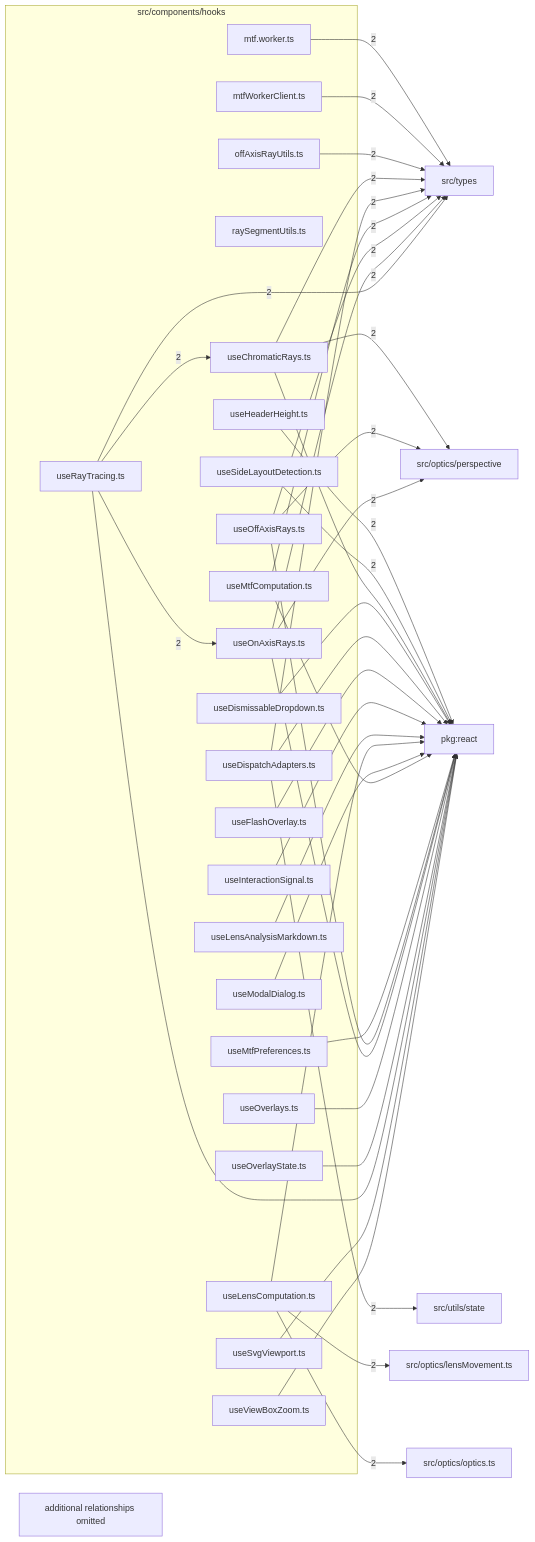
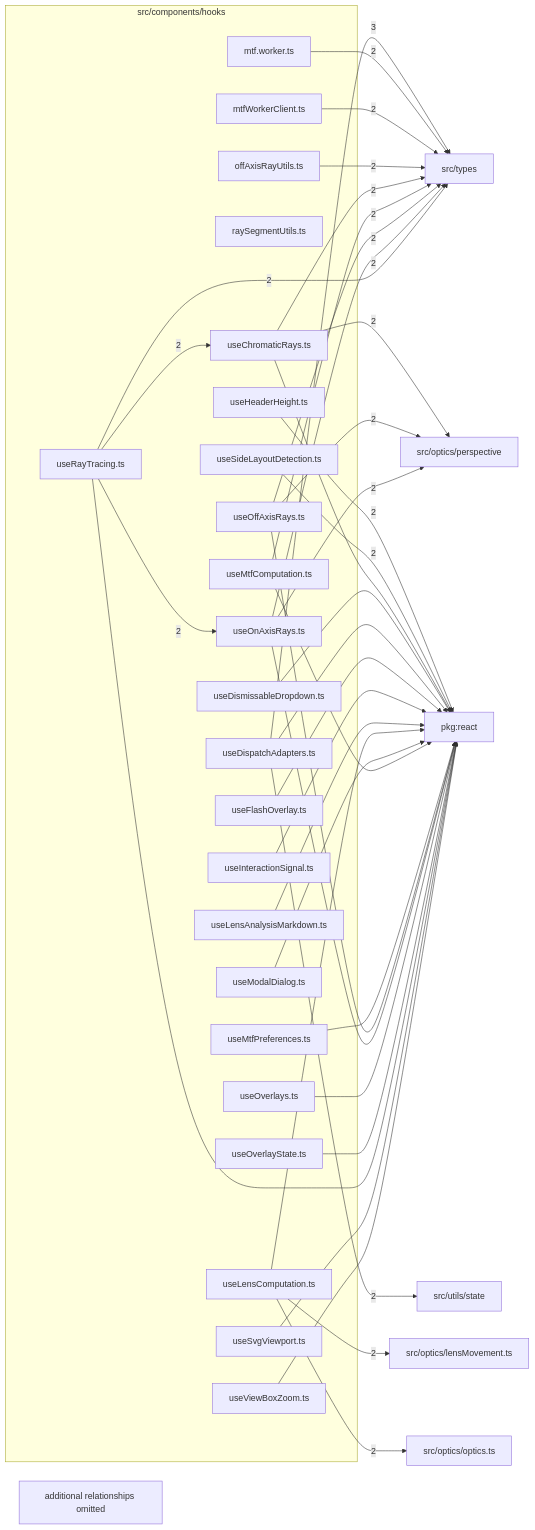
The diagram in src/components/hooks/readme.md (ronbuening/LensVisualizer), drawn with Mermaid before and after one commit. The commit also changed other lines of this file and 8 other files, not shown here.

````diff
--- a/src/components/hooks/readme.md
+++ b/src/components/hooks/readme.md
@@ -9,71 +9,71 @@
 ```mermaid
 flowchart LR
   subgraph n_src_components_hooks["src/components/hooks"]
     n_src_components_hooks_src_components_hooks_mtf_worker_ts["mtf.worker.ts"]
     n_src_components_hooks_src_components_hooks_mtfWorkerClient_ts["mtfWorkerClient.ts"]
     n_src_components_hooks_src_components_hooks_offAxisRayUtils_ts["offAxisRayUtils.ts"]
     n_src_components_hooks_src_components_hooks_raySegmentUtils_ts["raySegmentUtils.ts"]
     n_src_components_hooks_src_components_hooks_useChromaticRays_ts["useChromaticRays.ts"]
     n_src_components_hooks_src_components_hooks_useDismissableDropdown_ts["useDismissableDropdown.ts"]
     n_src_components_hooks_src_components_hooks_useDispatchAdapters_ts["useDispatchAdapters.ts"]
     n_src_components_hooks_src_components_hooks_useFlashOverlay_ts["useFlashOverlay.ts"]
     n_src_components_hooks_src_components_hooks_useHeaderHeight_ts["useHeaderHeight.ts"]
     n_src_components_hooks_src_components_hooks_useInteractionSignal_ts["useInteractionSignal.ts"]
     n_src_components_hooks_src_components_hooks_useLensAnalysisMarkdown_ts["useLensAnalysisMarkdown.ts"]
     n_src_components_hooks_src_components_hooks_useLensComputation_ts["useLensComputation.ts"]
     n_src_components_hooks_src_components_hooks_useModalDialog_ts["useModalDialog.ts"]
     n_src_components_hooks_src_components_hooks_useMtfComputation_ts["useMtfComputation.ts"]
     n_src_components_hooks_src_components_hooks_useMtfPreferences_ts["useMtfPreferences.ts"]
     n_src_components_hooks_src_components_hooks_useOffAxisRays_ts["useOffAxisRays.ts"]
     n_src_components_hooks_src_components_hooks_useOnAxisRays_ts["useOnAxisRays.ts"]
     n_src_components_hooks_src_components_hooks_useOverlays_ts["useOverlays.ts"]
     n_src_components_hooks_src_components_hooks_useOverlayState_ts["useOverlayState.ts"]
     n_src_components_hooks_src_components_hooks_useRayTracing_ts["useRayTracing.ts"]
     n_src_components_hooks_src_components_hooks_useSideLayoutDetection_ts["useSideLayoutDetection.ts"]
     n_src_components_hooks_src_components_hooks_useSvgViewport_ts["useSvgViewport.ts"]
     n_src_components_hooks_src_components_hooks_useViewBoxZoom_ts["useViewBoxZoom.ts"]
   end
+  n_external_src_types["src/types"]
   n_external_pkg_react["pkg:react"]
   n_external_src_optics_lensMovement_ts["src/optics/lensMovement.ts"]
   n_external_src_optics_optics_ts["src/optics/optics.ts"]
   n_external_src_optics_perspective["src/optics/perspective"]
-  n_external_src_types["src/types"]
   n_external_src_utils_state["src/utils/state"]
+  n_src_components_hooks_src_components_hooks_useDispatchAdapters_ts --> |3| n_external_src_types
   n_src_components_hooks_src_components_hooks_useHeaderHeight_ts --> |2| n_external_pkg_react
   n_src_components_hooks_src_components_hooks_useSideLayoutDetection_ts --> |2| n_external_pkg_react
   n_src_components_hooks_src_components_hooks_useLensComputation_ts --> |2| n_external_src_optics_lensMovement_ts
   n_src_components_hooks_src_components_hooks_useLensComputation_ts --> |2| n_external_src_optics_optics_ts
   n_src_components_hooks_src_components_hooks_useChromaticRays_ts --> |2| n_external_src_optics_perspective
   n_src_components_hooks_src_components_hooks_useOffAxisRays_ts --> |2| n_external_src_optics_perspective
   n_src_components_hooks_src_components_hooks_useOnAxisRays_ts --> |2| n_external_src_optics_perspective
   n_src_components_hooks_src_components_hooks_mtf_worker_ts --> |2| n_external_src_types
   n_src_components_hooks_src_components_hooks_mtfWorkerClient_ts --> |2| n_external_src_types
   n_src_components_hooks_src_components_hooks_offAxisRayUtils_ts --> |2| n_external_src_types
   n_src_components_hooks_src_components_hooks_useChromaticRays_ts --> |2| n_external_src_types
-  n_src_components_hooks_src_components_hooks_useDispatchAdapters_ts --> |2| n_external_src_types
   n_src_components_hooks_src_components_hooks_useMtfComputation_ts --> |2| n_external_src_types
   n_src_components_hooks_src_components_hooks_useOffAxisRays_ts --> |2| n_external_src_types
   n_src_components_hooks_src_components_hooks_useOnAxisRays_ts --> |2| n_external_src_types
   n_src_components_hooks_src_components_hooks_useRayTracing_ts --> |2| n_external_src_types
   n_src_components_hooks_src_components_hooks_useDispatchAdapters_ts --> |2| n_external_src_utils_state
   n_src_components_hooks_src_components_hooks_useRayTracing_ts --> |2| n_src_components_hooks_src_components_hooks_useChromaticRays_ts
   n_src_components_hooks_src_components_hooks_useRayTracing_ts --> |2| n_src_components_hooks_src_components_hooks_useOnAxisRays_ts
   n_src_components_hooks_src_components_hooks_useChromaticRays_ts --> n_external_pkg_react
   n_src_components_hooks_src_components_hooks_useDismissableDropdown_ts --> n_external_pkg_react
   n_src_components_hooks_src_components_hooks_useDispatchAdapters_ts --> n_external_pkg_react
   n_src_components_hooks_src_components_hooks_useFlashOverlay_ts --> n_external_pkg_react
   n_src_components_hooks_src_components_hooks_useInteractionSignal_ts --> n_external_pkg_react
   n_src_components_hooks_src_components_hooks_useLensAnalysisMarkdown_ts --> n_external_pkg_react
   n_src_components_hooks_src_components_hooks_useLensComputation_ts --> n_external_pkg_react
   n_src_components_hooks_src_components_hooks_useModalDialog_ts --> n_external_pkg_react
   n_src_components_hooks_src_components_hooks_useMtfComputation_ts --> n_external_pkg_react
   n_src_components_hooks_src_components_hooks_useMtfPreferences_ts --> n_external_pkg_react
   n_src_components_hooks_src_components_hooks_useOffAxisRays_ts --> n_external_pkg_react
   n_src_components_hooks_src_components_hooks_useOnAxisRays_ts --> n_external_pkg_react
   n_src_components_hooks_src_components_hooks_useOverlays_ts --> n_external_pkg_react
   n_src_components_hooks_src_components_hooks_useOverlayState_ts --> n_external_pkg_react
   n_src_components_hooks_src_components_hooks_useRayTracing_ts --> n_external_pkg_react
   n_src_components_hooks_src_components_hooks_useSvgViewport_ts --> n_external_pkg_react
   n_src_components_hooks_src_components_hooks_useViewBoxZoom_ts --> n_external_pkg_react
   n_src_components_hooks_truncated["additional relationships omitted"]
 ```
````
